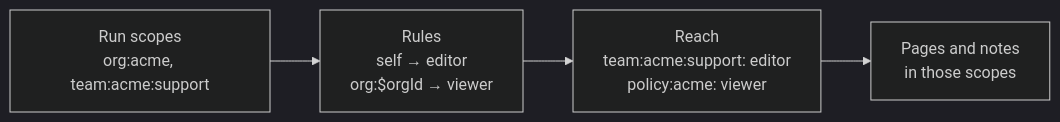
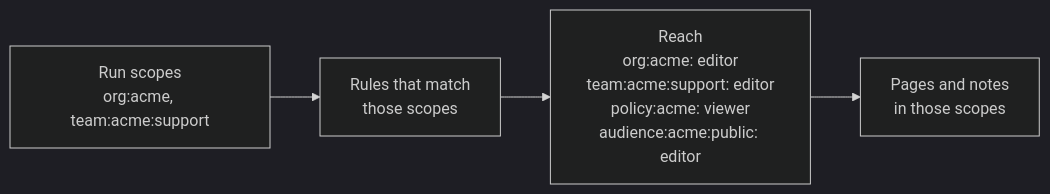
Before and after one commit to mastra-ai/mastra: the diagram in docs/src/content/en/docs/knowledge/scopes-and-access.mdx, drawn with Mermaid (dark theme). The commit also changed other lines of this file and 13 other files, not shown here.

````diff
--- a/docs/src/content/en/docs/knowledge/scopes-and-access.mdx
+++ b/docs/src/content/en/docs/knowledge/scopes-and-access.mdx
@@ -156,6 +168,6 @@
 ```mermaid
 flowchart LR
-  A["Run scopes<br/>org:acme, team:acme:support"] --> B["Rules<br/>self → editor<br/>org:$orgId → viewer"]
-  B --> C["Reach<br/>team:acme:support: editor<br/>policy:acme: viewer"]
+  A["Run scopes<br/>org:acme, team:acme:support"] --> B["Rules that match<br/>those scopes"]
+  B --> C["Reach<br/>org:acme: editor<br/>team:acme:support: editor<br/>policy:acme: viewer<br/>audience:acme:public: editor"]
   C --> D["Pages and notes<br/>in those scopes"]
 ```
````
